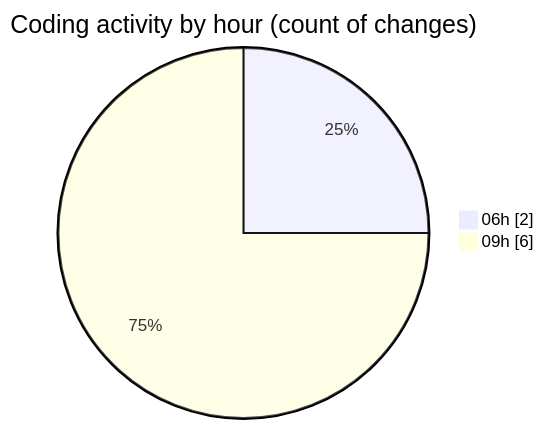
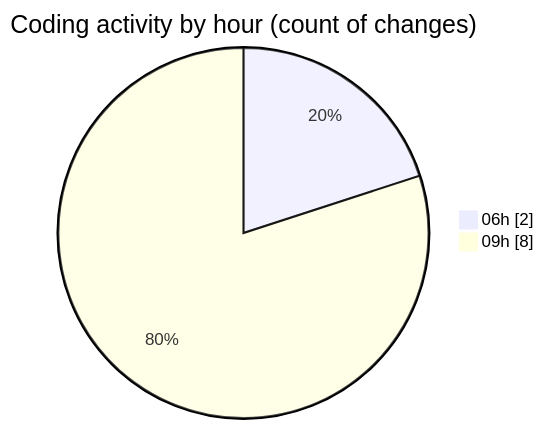
The second of 2 diagrams in 2026-02-24/workbench__workspace_/README.md (jadenblack/code-tracking), drawn with Mermaid before and after one commit. The commit also changed other lines of this file and 1 other file, not shown here.

````diff
--- a/2026-02-24/workbench__workspace_/README.md
+++ b/2026-02-24/workbench__workspace_/README.md
@@ -30,6 +32,6 @@
 ```mermaid
 pie showData
 title Coding activity by hour (count of changes)
 "06h" : 2
-"09h" : 6
+"09h" : 8
 ```
````
